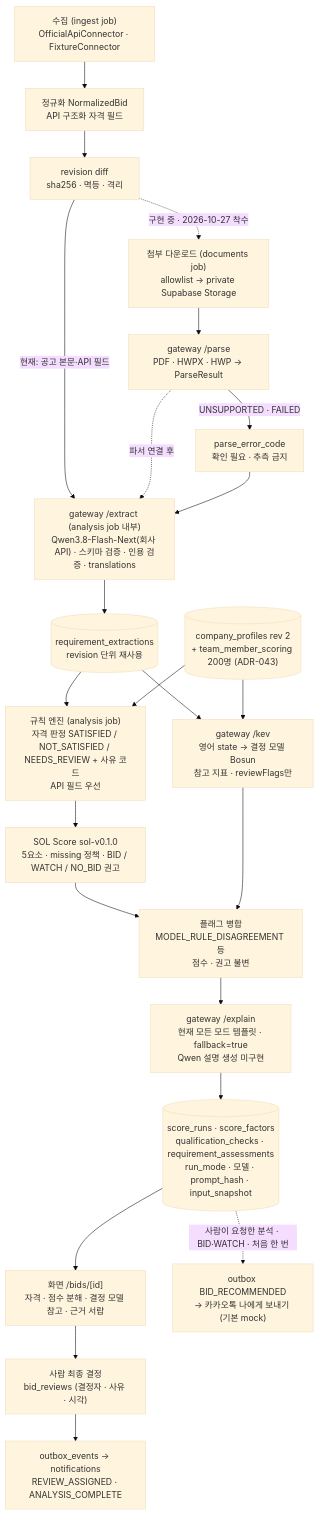
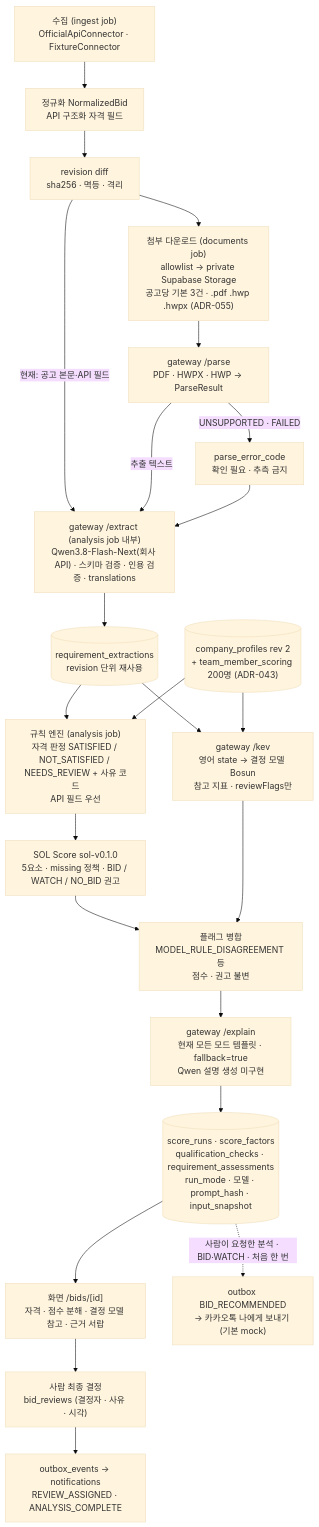
One commit to solideoai/sol-radar changed the third of 3 diagrams in docs/submission/architecture.md. Above: the diagram before and after it, drawn with Mermaid (base theme). The commit also changed other lines of this file and 8 other files, not shown here.

````diff
--- a/docs/submission/architecture.md
+++ b/docs/submission/architecture.md
@@ -98,25 +98,25 @@
 ```mermaid
 flowchart TD
  A["수집 (ingest job)<br/>OfficialApiConnector · FixtureConnector"] --> N["정규화 NormalizedBid<br/>API 구조화 자격 필드"]
  N --> R1["revision diff<br/>sha256 · 멱등 · 격리"]
- R1 -. "구현 중 · 2026-10-27 착수" .-> D["첨부 다운로드 (documents job)<br/>allowlist → private Supabase Storage"]
+ R1 --> D["첨부 다운로드 (documents job)<br/>allowlist → private Supabase Storage<br/>공고당 기본 3건 · .pdf .hwp .hwpx (ADR-055)"]
  D --> P["gateway /parse<br/>PDF · HWPX · HWP → ParseResult"]
  P -->|UNSUPPORTED · FAILED| PE["parse_error_code<br/>확인 필요 · 추측 금지"]
  R1 -->|현재: 공고 본문·API 필드| E["gateway /extract (analysis job 내부)<br/>Qwen3.8-Flash-Next(회사 API) · 스키마 검증 · 인용 검증 · translations"]
- P -. "파서 연결 후" .-> E
+ P -->|추출 텍스트| E
  PE --> E
  E --> X[("requirement_extractions<br/>revision 단위 재사용")]
  X --> RE["규칙 엔진 (analysis job)<br/>자격 판정 SATISFIED / NOT_SATISFIED / NEEDS_REVIEW + 사유 코드<br/>API 필드 우선"]
  CP[("company_profiles rev 2<br/>+ team_member_scoring 200명 (ADR-043)")] --> RE
  RE --> S["SOL Score sol-v0.1.0<br/>5요소 · missing 정책 · BID / WATCH / NO_BID 권고"]
  X --> K["gateway /kev<br/>영어 state → 결정 모델 Bosun<br/>참고 지표 · reviewFlags만"]
  CP --> K
  S --> F["플래그 병합<br/>MODEL_RULE_DISAGREEMENT 등<br/>점수 · 권고 불변"]
  K --> F
  F --> EX["gateway /explain<br/>현재 모든 모드 템플릿 · fallback=true<br/>Qwen 설명 생성 미구현"]
  EX --> Z[("score_runs · score_factors<br/>qualification_checks · requirement_assessments<br/>run_mode · 모델 · prompt_hash · input_snapshot")]
  Z --> UI["화면 /bids/[id]<br/>자격 · 점수 분해 · 결정 모델 참고 · 근거 서랍"]
  UI --> H["사람 최종 결정<br/>bid_reviews (결정자 · 사유 · 시각)"]
  H --> O["outbox_events → notifications<br/>REVIEW_ASSIGNED · ANALYSIS_COMPLETE"]
  Z -. "사람이 요청한 분석 · BID·WATCH · 처음 한 번" .-> KK["outbox BID_RECOMMENDED<br/>→ 카카오톡 나에게 보내기 (기본 mock)"]
 ```
````
